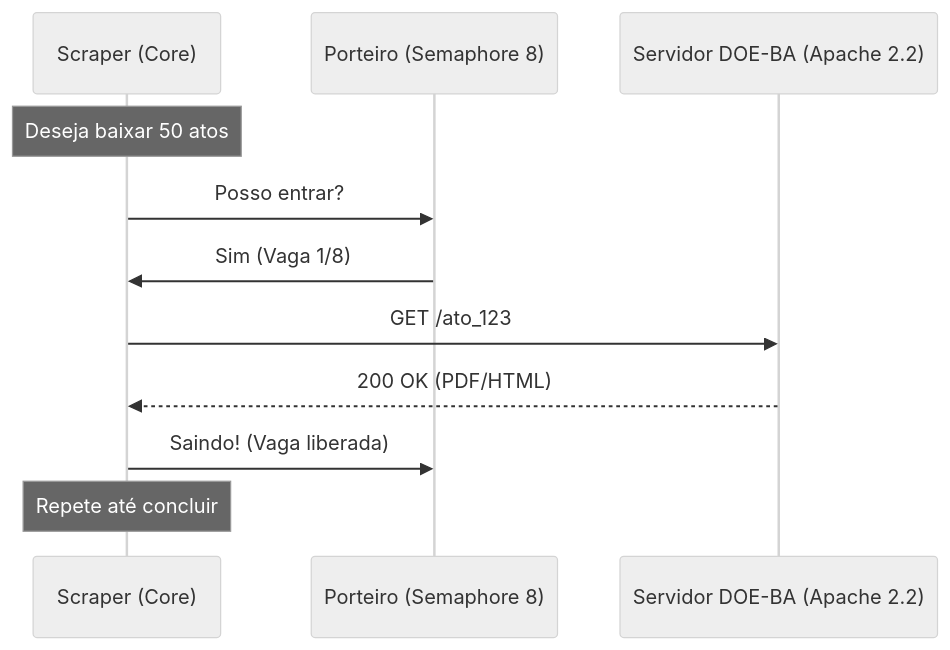
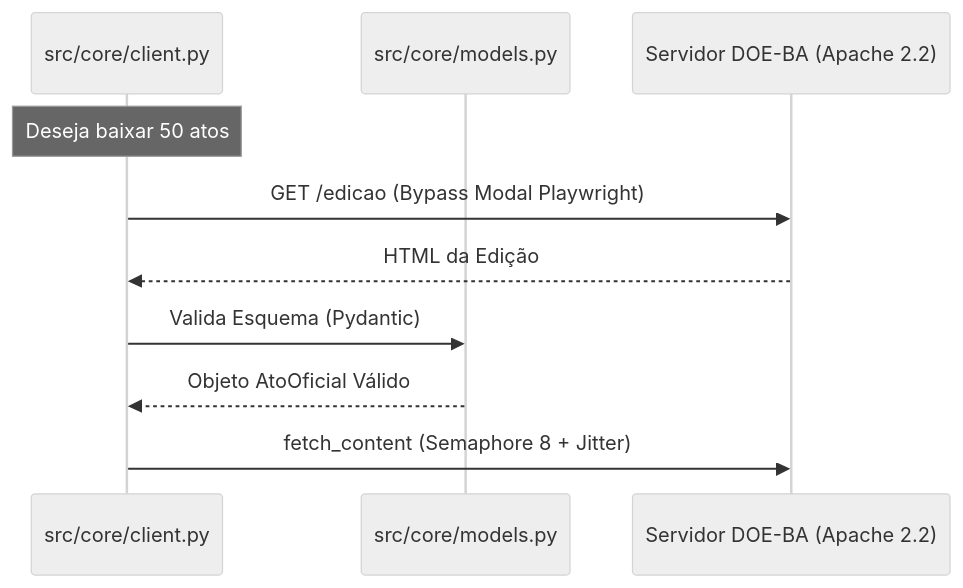
Before and after one commit to manoel-roberto/lab_scrapy: the diagram in docs/01-fundamentos-web-scraping.md, drawn with Mermaid (neutral theme). The commit also changed other lines of this file and 4 other files, not shown here.

````diff
--- a/docs/01-fundamentos-web-scraping.md
+++ b/docs/01-fundamentos-web-scraping.md
@@ -54,14 +60,13 @@
 ```mermaid
 sequenceDiagram
-    participant S as Scraper (Core)
-    participant P as Porteiro (Semaphore 8)
+    participant S as src/core/client.py
+    participant M as src/core/models.py
     participant B as Servidor DOE-BA (Apache 2.2)
 
     Note over S: Deseja baixar 50 atos
-    S->>P: Posso entrar?
-    P->>S: Sim (Vaga 1/8)
-    S->>B: GET /ato_123
-    B-->>S: 200 OK (PDF/HTML)
-    S->>P: Saindo! (Vaga liberada)
-    Note over S: Repete até concluir
+    S->>B: GET /edicao (Bypass Modal Playwright)
+    B-->>S: HTML da Edição
+    S->>M: Valida Esquema (Pydantic)
+    M-->>S: Objeto AtoOficial Válido
+    S->>B: fetch_content (Semaphore 8 + Jitter)
 ```
````
